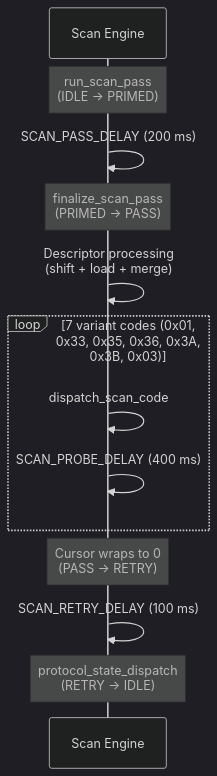
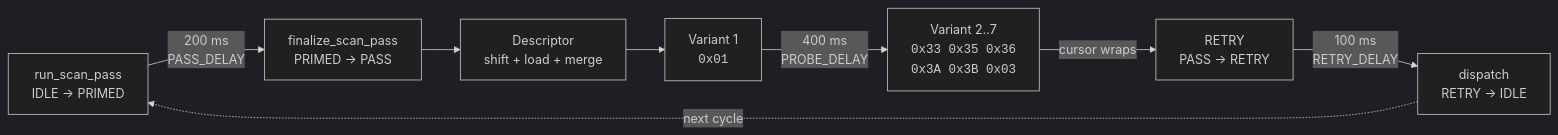
The diagram in firmware/pic16f15356-timing.md (Project-Helianthus/helianthus-docs-ebus), drawn with Mermaid (dark theme) before and after one commit.

Commit message:
docs: replace scan timing sequence diagram with LR flowchart
The sequence diagram was a poor fit — single-participant self-calls
produce confusing circular arrows. A left-to-right flowchart shows
the scan window lifecycle as a clear pipeline with timing annotations
on the edges.

````diff
--- a/firmware/pic16f15356-timing.md
+++ b/firmware/pic16f15356-timing.md
@@ -112,18 +112,10 @@
 ```mermaid
-sequenceDiagram
-    participant SE as Scan Engine
-
-    Note over SE: run_scan_pass<br/>(IDLE → PRIMED)
-    SE->>SE: SCAN_PASS_DELAY (200 ms)
-    Note over SE: finalize_scan_pass<br/>(PRIMED → PASS)
-    SE->>SE: Descriptor processing<br/>(shift + load + merge)
-
-    loop 7 variant codes (0x01, 0x33, 0x35, 0x36, 0x3A, 0x3B, 0x03)
-        SE->>SE: dispatch_scan_code
-        SE->>SE: SCAN_PROBE_DELAY (400 ms)
-    end
-
-    Note over SE: Cursor wraps to 0<br/>(PASS → RETRY)
-    SE->>SE: SCAN_RETRY_DELAY (100 ms)
-    Note over SE: protocol_state_dispatch<br/>(RETRY → IDLE)
+flowchart LR
+    A["run_scan_pass<br/>IDLE → PRIMED"] -->|"200 ms<br/>PASS_DELAY"| B["finalize_scan_pass<br/>PRIMED → PASS"]
+    B --> C["Descriptor<br/>shift + load + merge"]
+    C --> D["Variant 1<br/><code>0x01</code>"]
+    D -->|"400 ms<br/>PROBE_DELAY"| E["Variant 2..7<br/><code>0x33 0x35 0x36<br/>0x3A 0x3B 0x03</code>"]
+    E -->|"cursor wraps"| F["RETRY<br/>PASS → RETRY"]
+    F -->|"100 ms<br/>RETRY_DELAY"| G["dispatch<br/>RETRY → IDLE"]
+    G -.->|"next cycle"| A
 ```
````
